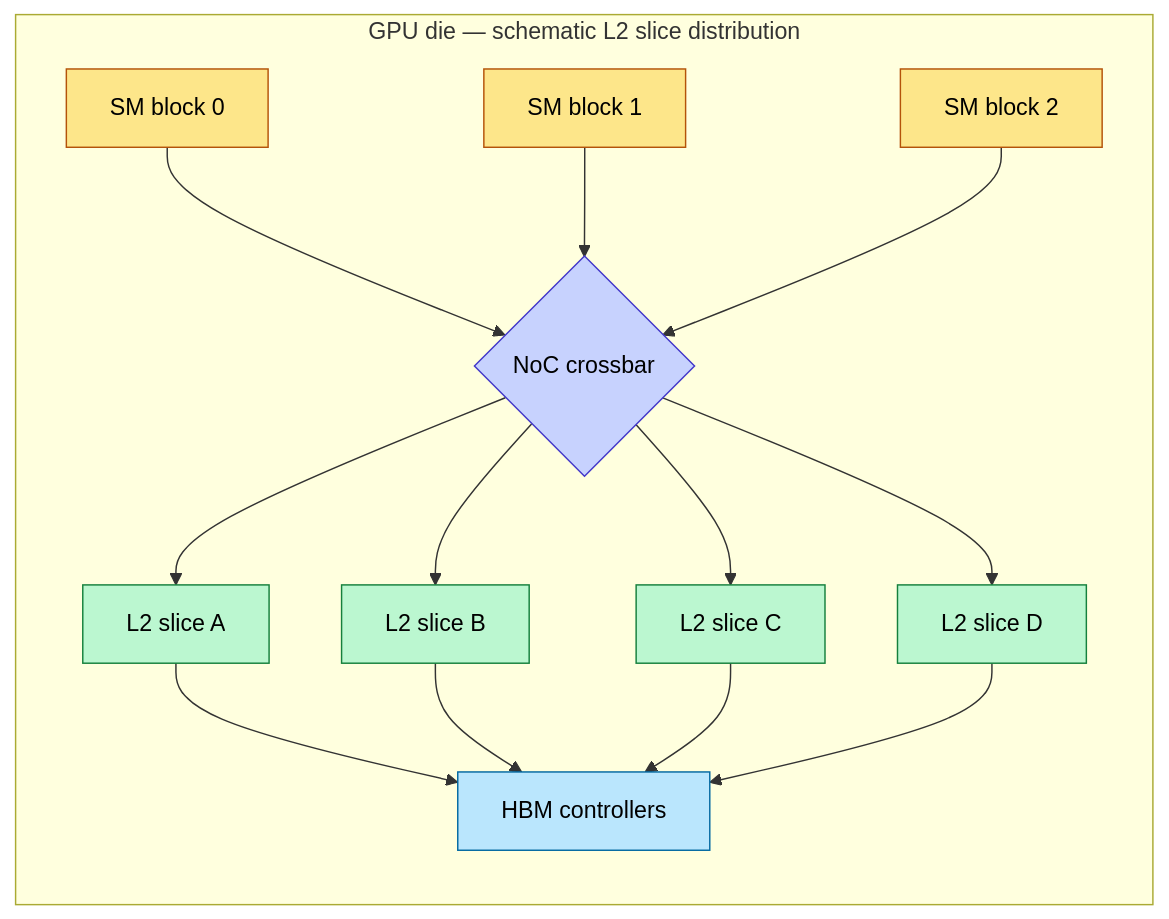
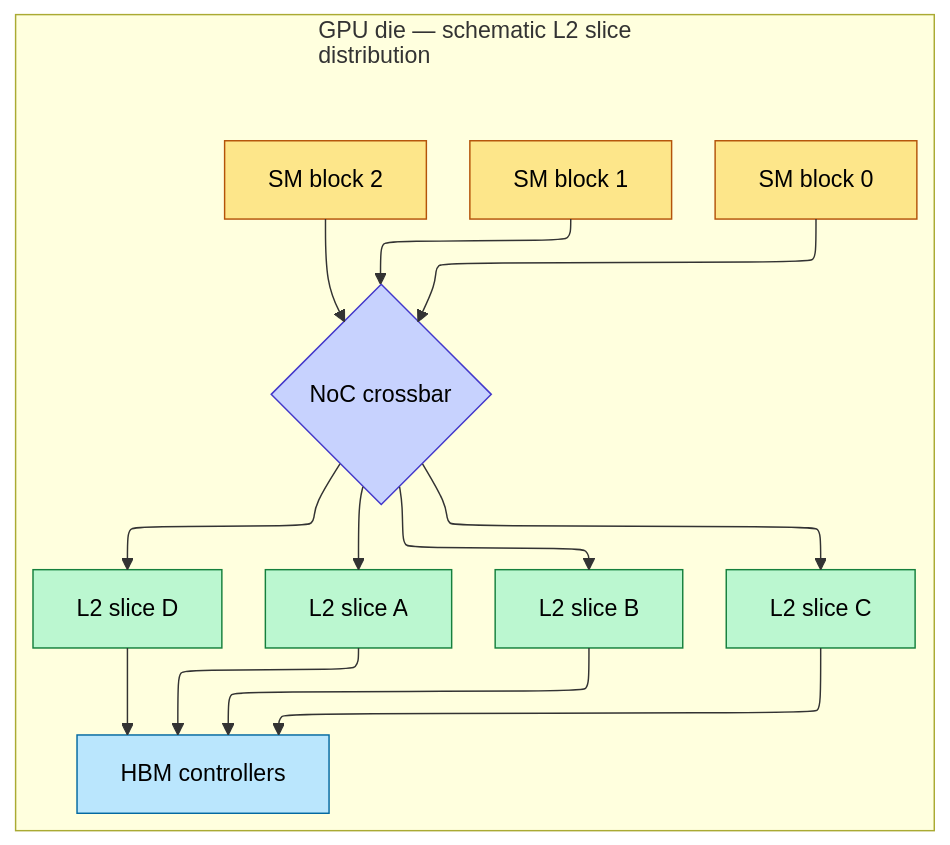
The sixth of 7 diagrams in ai_infra/L2_Digital_Design_for_AI/On_Chip_Memory_Hardware.md (Wty2003328/ai_infra_intro), drawn with Mermaid before and after one commit. The commit also changed other lines of this file and 108 other files, not shown here.

````diff
--- a/ai_infra/L2_Digital_Design_for_AI/On_Chip_Memory_Hardware.md
+++ b/ai_infra/L2_Digital_Design_for_AI/On_Chip_Memory_Hardware.md
@@ -358,22 +363,23 @@
 ```mermaid
+%%{init: {"flowchart": {"defaultRenderer": "elk", "nodeSpacing": 60, "rankSpacing": 60, "htmlLabels": false}}}%%
 flowchart TD
-    subgraph DIE[GPU die — schematic L2 slice distribution]
+    subgraph DIE[GPU die — schematic L2 slice<br/>distribution]
         direction TB
         SM00[SM block 0]:::sm
         SM01[SM block 1]:::sm
         SM02[SM block 2]:::sm
         L2A[L2 slice A]:::l2
         L2B[L2 slice B]:::l2
         L2C[L2 slice C]:::l2
         L2D[L2 slice D]:::l2
         NoC{NoC crossbar}:::noc
         HBMC[HBM controllers]:::hbm
         SM00 & SM01 & SM02 --> NoC
         NoC --> L2A & L2B & L2C & L2D
         L2A & L2B & L2C & L2D --> HBMC
     end
     classDef sm fill:#fde68a,stroke:#b45309,color:#000
     classDef l2 fill:#bbf7d0,stroke:#15803d,color:#000
     classDef noc fill:#c7d2fe,stroke:#4338ca,color:#000
     classDef hbm fill:#bae6fd,stroke:#0369a1,color:#000
 ```
````
